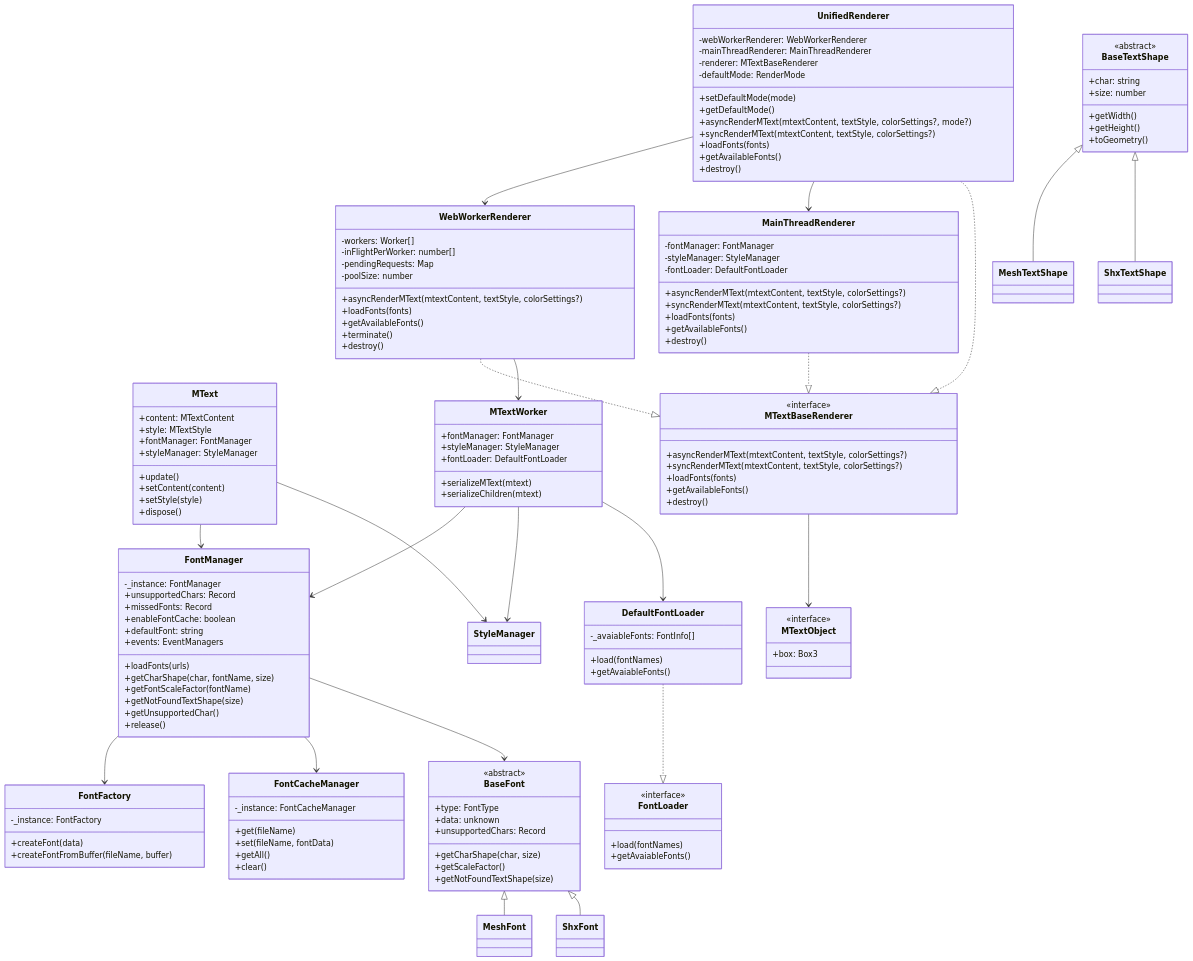
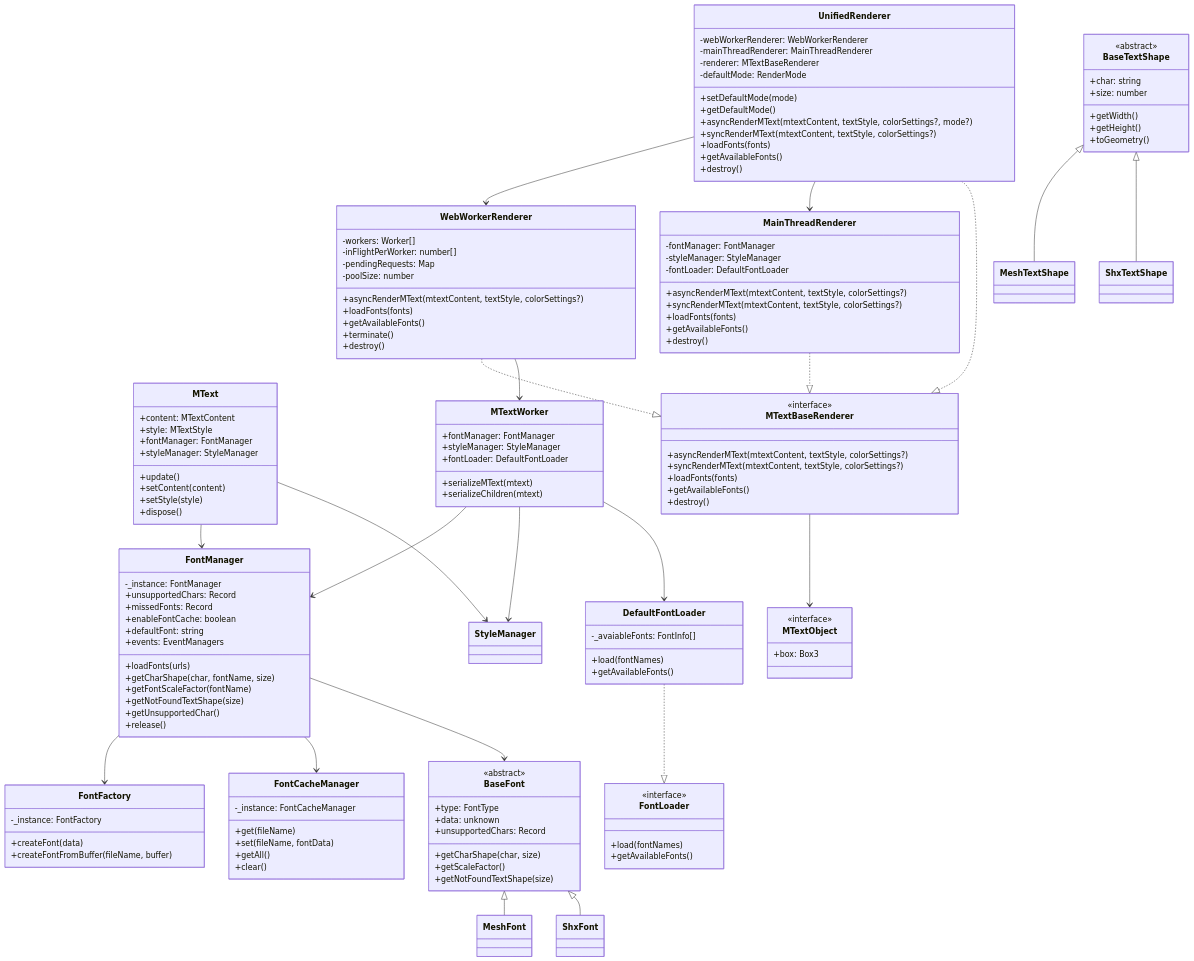
Before and after one commit to mlightcad/mtext-renderer: the diagram in README.md, drawn with Mermaid. The commit also changed other lines of this file and 14 other files, not shown here.

```diff
--- a/README.md
+++ b/README.md
@@ -205,13 +205,13 @@
     class FontLoader {
         <<interface>>
         +load(fontNames)
-        +getAvaiableFonts()
+        +getAvailableFonts()
     }
 
     class DefaultFontLoader {
         -_avaiableFonts: FontInfo[]
         +load(fontNames)
-        +getAvaiableFonts()
+        +getAvailableFonts()
     }
 
     class BaseFont {
```
